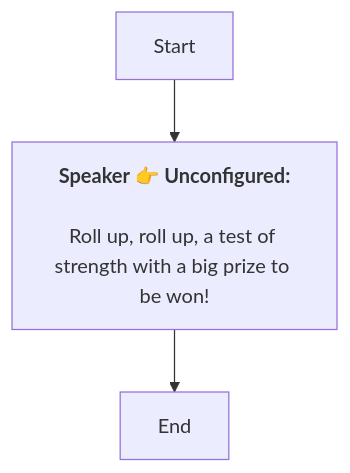
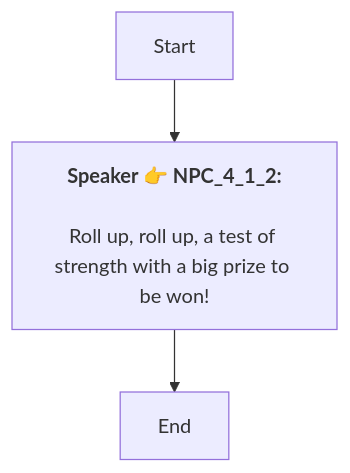
The diagram in En/Dialog_55394212513030.md (SoftHu/tos_avg), drawn with Mermaid before and after one commit. The commit also changed 737 other files, not shown here.

````diff
--- a/En/Dialog_55394212513030.md
+++ b/En/Dialog_55394212513030.md
@@ -1,8 +1,7 @@
 ```mermaid
 graph
-Start -->1772614814817503[<b>Speaker 👉 Unconfigured:</b>
-
-Roll up, roll up, a test of strength with a big prize to be won!]
+Start -->1772614814817503[<b>Speaker 👉 NPC_4_1_2:</b>
+\nRoll up, roll up, a test of strength with a big prize to be won!]
 1772614814817503 -->1772614814818528[End]
 
- ```
+```
````
